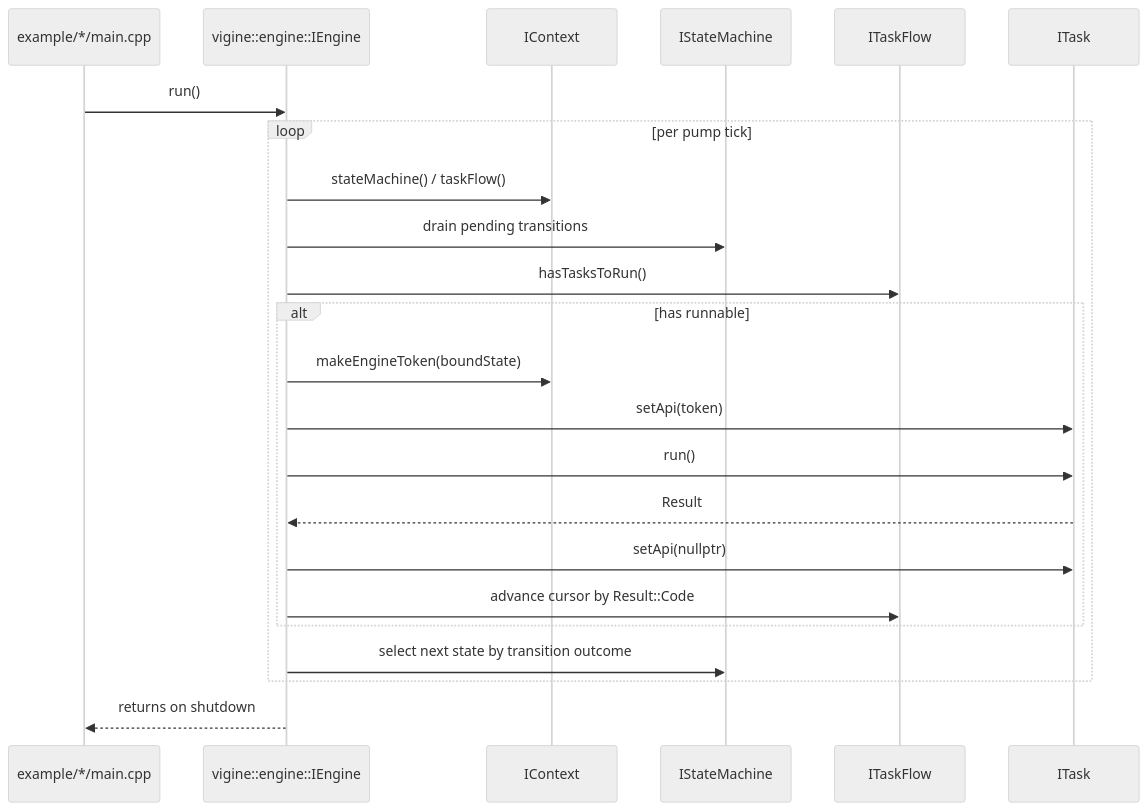
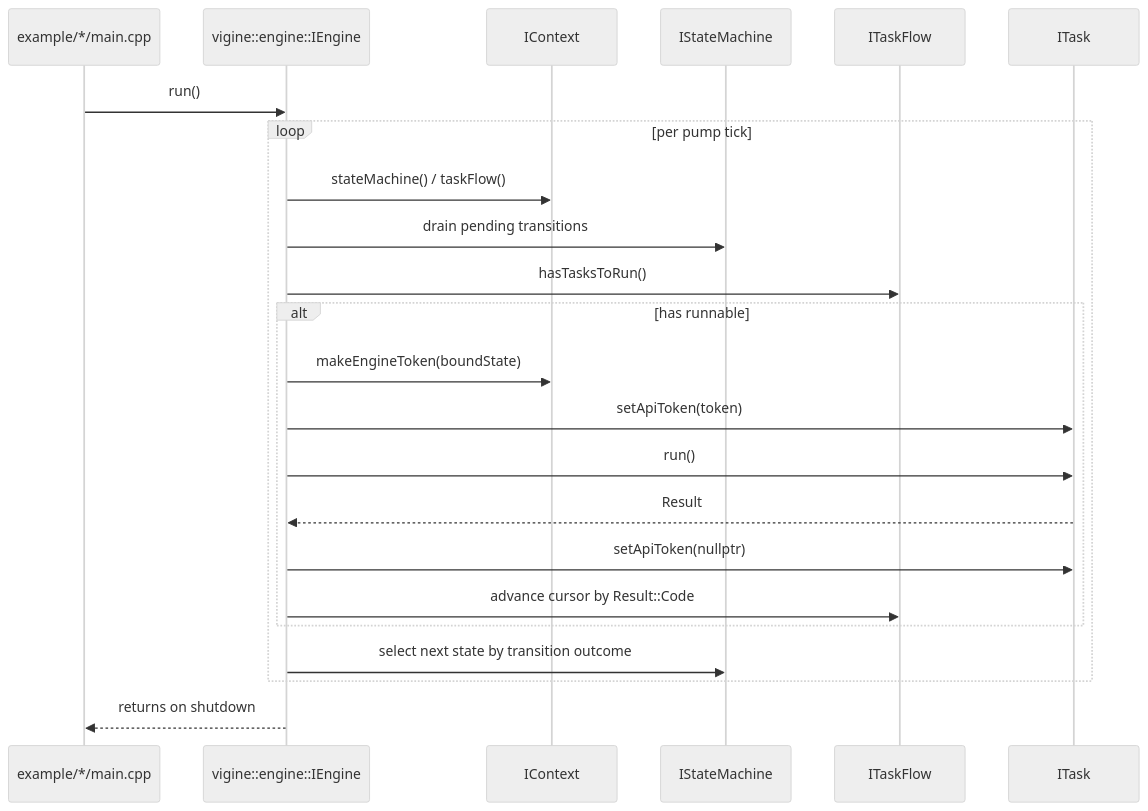
One commit to vigine-dev/Vigine changed the diagram in doc/sequence-engine-state.md. Above: the diagram before and after it, drawn with Mermaid (neutral theme). The commit also changed 22 other files, not shown here.

Commit message:
Rename ITask::api/setApi to apiToken/setApiToken for clearer intent (#359)

````diff
--- a/doc/sequence-engine-state.md
+++ b/doc/sequence-engine-state.md
@@ -3,26 +3,26 @@
 ```mermaid
 sequenceDiagram
 participant Main as example/*/main.cpp
 participant Engine as vigine::engine::IEngine
 participant Ctx as IContext
 participant FSM as IStateMachine
 participant TF as ITaskFlow
 participant Task as ITask
 
 Main->>Engine: run()
 loop per pump tick
   Engine->>Ctx: stateMachine() / taskFlow()
   Engine->>FSM: drain pending transitions
   Engine->>TF: hasTasksToRun()
   alt has runnable
     Engine->>Ctx: makeEngineToken(boundState)
-    Engine->>Task: setApi(token)
+    Engine->>Task: setApiToken(token)
     Engine->>Task: run()
     Task-->>Engine: Result
-    Engine->>Task: setApi(nullptr)
+    Engine->>Task: setApiToken(nullptr)
     Engine->>TF: advance cursor by Result::Code
   end
   Engine->>FSM: select next state by transition outcome
 end
 Engine-->>Main: returns on shutdown
 ```
````
